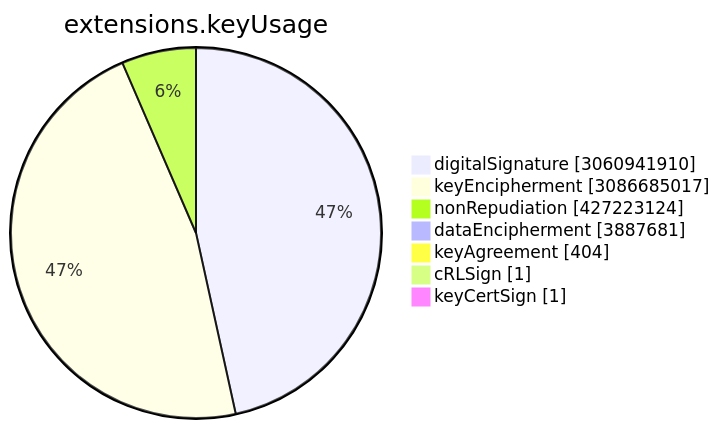
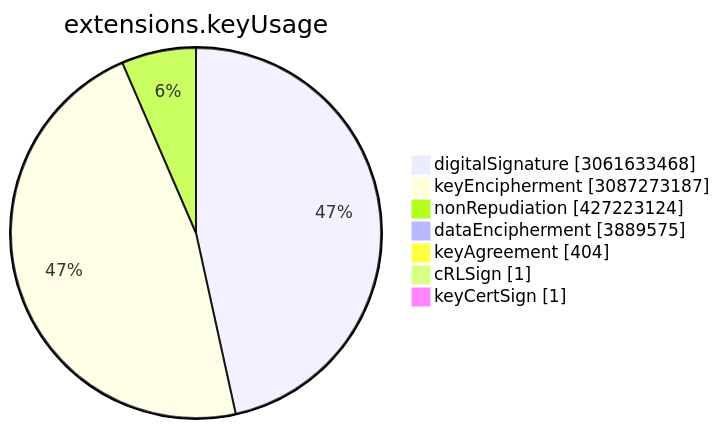
Before and after one commit to christiankrug/ctmonitor_visualization: the sixth of 15 diagrams in TOTAL/README.md, drawn with Mermaid. The commit also changed other lines of this file, not shown here.

````diff
--- a/TOTAL/README.md
+++ b/TOTAL/README.md
@@ -3077,11 +3077,11 @@
 ```mermaid
 pie showData
 title extensions.keyUsage
-"digitalSignature" :3060941910
-"keyEncipherment" :3086685017
+"digitalSignature" :3061633468
+"keyEncipherment" :3087273187
 "nonRepudiation" :427223124
-"dataEncipherment" :3887681
+"dataEncipherment" :3889575
 "keyAgreement" :404
 "cRLSign" :1
 "keyCertSign" :1
 ```
````
